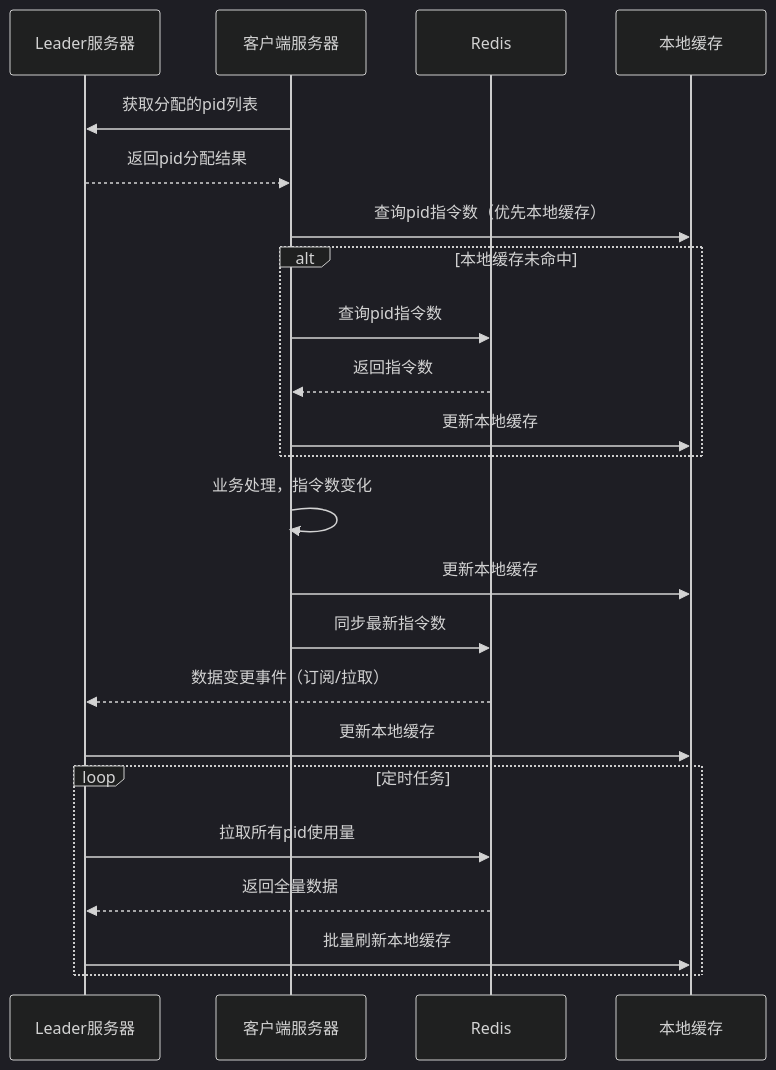
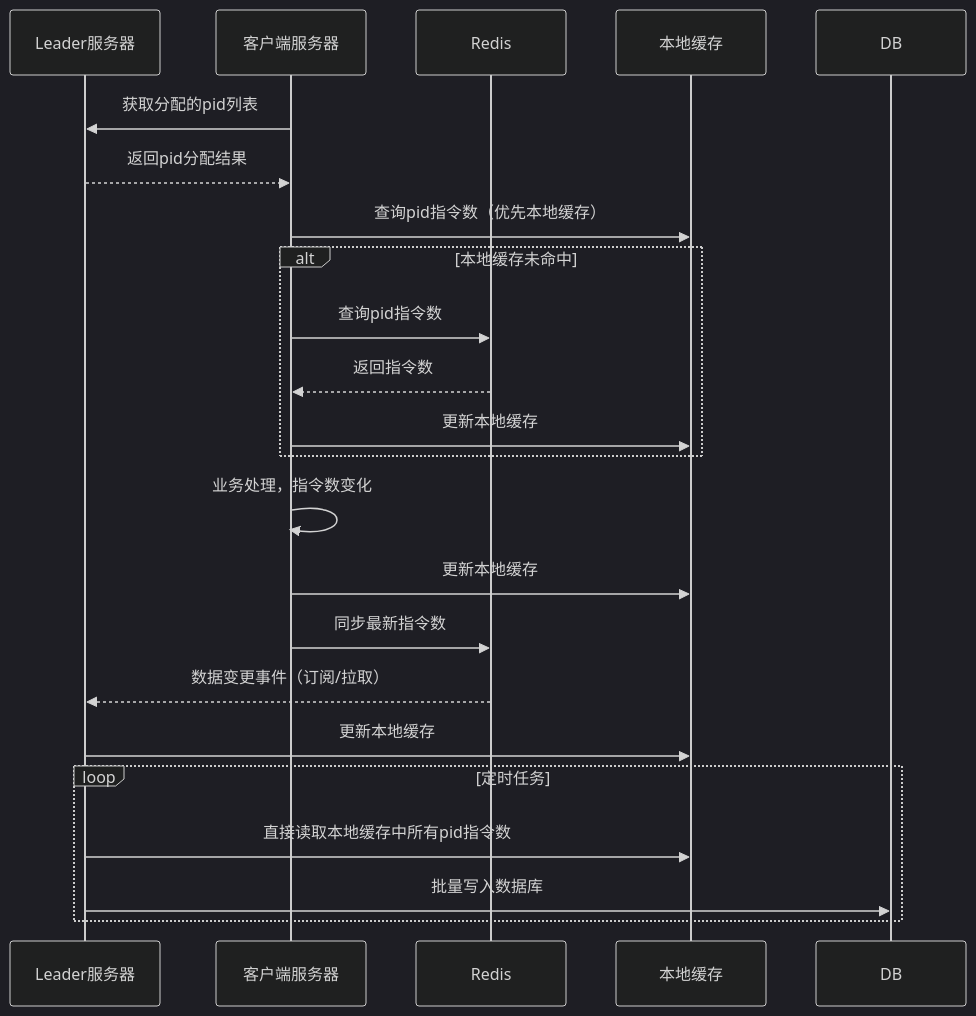
One commit to cimastone/my-blog changed the fourth of 5 diagrams in docs/guide/resource_server.md. Above: the diagram before and after it, drawn with Mermaid (dark theme). The commit also changed other lines of this file, not shown here.

````diff
--- a/docs/guide/resource_server.md
+++ b/docs/guide/resource_server.md
@@ -197,35 +197,34 @@
 ```mermaid
 sequenceDiagram
     participant Leader as Leader服务器
     participant Client as 客户端服务器
     participant Redis as Redis
     participant Local as 本地缓存
 
     %% 客户端启动及初始同步
     Client->>Leader: 获取分配的pid列表
     Leader-->>Client: 返回pid分配结果
 
     %% 客户端获取指令数
     Client->>Local: 查询pid指令数（优先本地缓存）
     alt 本地缓存未命中
         Client->>Redis: 查询pid指令数
         Redis-->>Client: 返回指令数
         Client->>Local: 更新本地缓存
     end
 
     %% 客户端处理业务指令
     Client->>Client: 业务处理，指令数变化
     Client->>Local: 更新本地缓存
     Client->>Redis: 同步最新指令数
 
     %% 其它节点获知更新
     Redis-->>Leader: 数据变更事件（订阅/拉取）
     Leader->>Local: 更新本地缓存
 
-    %% Leader定期全量检查
+    %% Leader定时任务
     loop 定时任务
-        Leader->>Redis: 拉取所有pid使用量
-        Redis-->>Leader: 返回全量数据
-        Leader->>Local: 批量刷新本地缓存
+        Leader->>Local: 直接读取本地缓存中所有pid指令数
+        Leader->>DB: 批量写入数据库
     end
 ```
````
